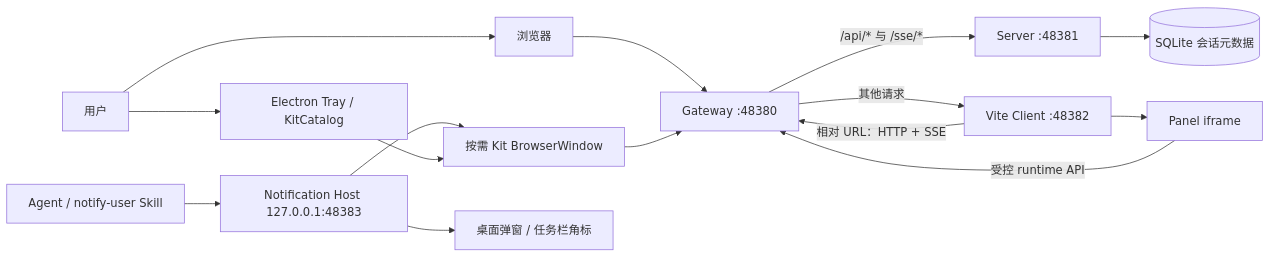
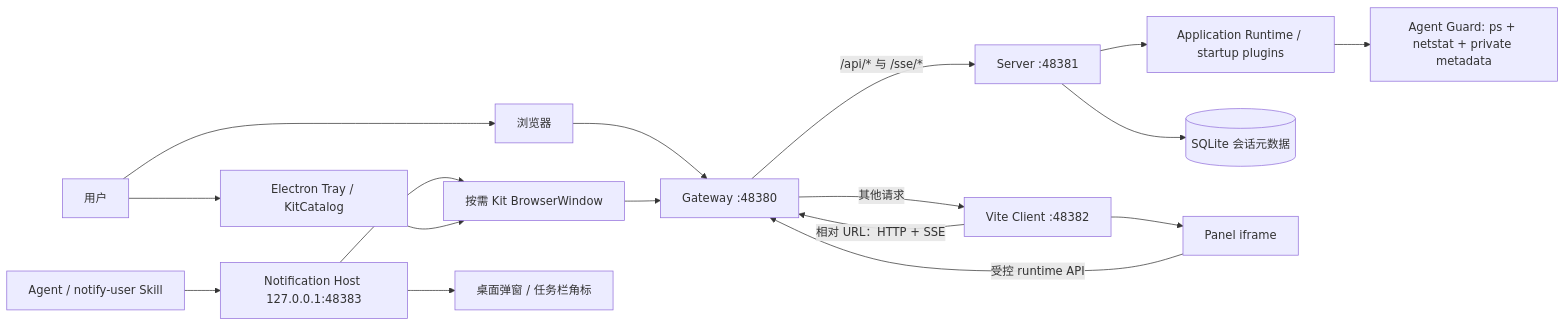
The first of 2 diagrams in docs/architecture/system-overview.md (itharbors/harbors), drawn with Mermaid before and after one commit. The commit also changed other lines of this file and 105 other files, not shown here.

````diff
--- a/docs/architecture/system-overview.md
+++ b/docs/architecture/system-overview.md
@@ -15,30 +15,34 @@
 ```mermaid
 flowchart LR
     User["用户"]
     Browser["浏览器"]
     Tray["Electron Tray / KitCatalog"]
     Electron["按需 Kit BrowserWindow"]
     Host["Notification Host 127.0.0.1:48383"]
     Agent["Agent / notify-user Skill"]
     Toast["桌面弹窗 / 任务栏角标"]
     Gateway["Gateway :48380"]
     Server["Server :48381"]
+    AppRuntime["Application Runtime / startup plugins"]
+    Guard["Agent Guard: ps + netstat + private metadata"]
     Client["Vite Client :48382"]
     DB[("SQLite 会话元数据")]
     Panel["Panel iframe"]
 
     User --> Browser
     User --> Tray
     Agent --> Host
     Host --> Toast
     Host --> Electron
     Tray --> Electron
     Browser --> Gateway
     Electron --> Gateway
     Gateway -- "/api/* 与 /sse/*" --> Server
+    Server --> AppRuntime
+    AppRuntime --> Guard
     Gateway -- "其他请求" --> Client
     Server --> DB
     Client --> Panel
     Client -- "相对 URL：HTTP + SSE" --> Gateway
     Panel -- "受控 runtime API" --> Gateway
 ```
````
